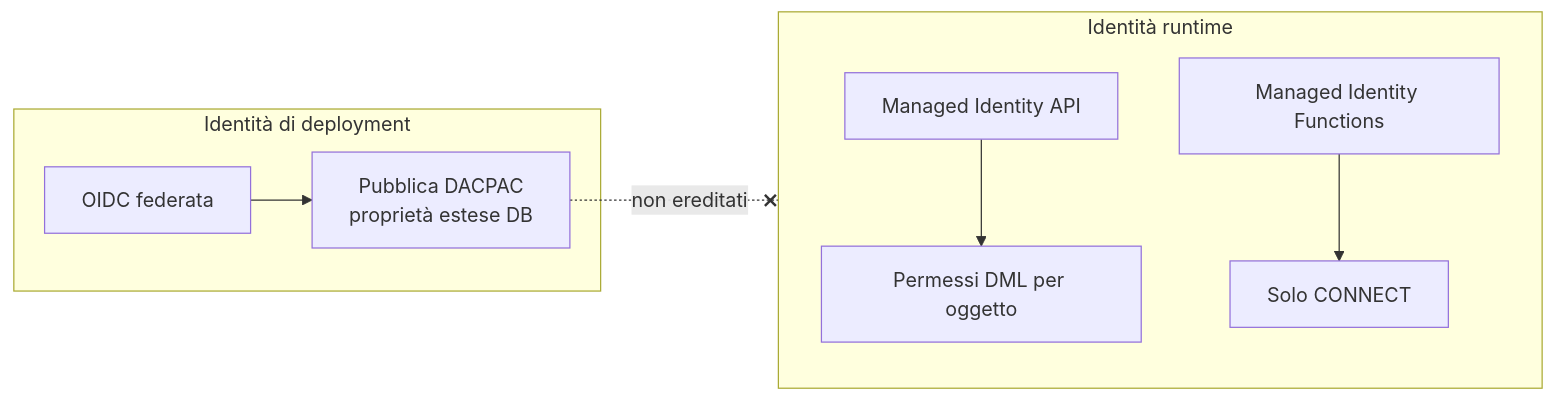
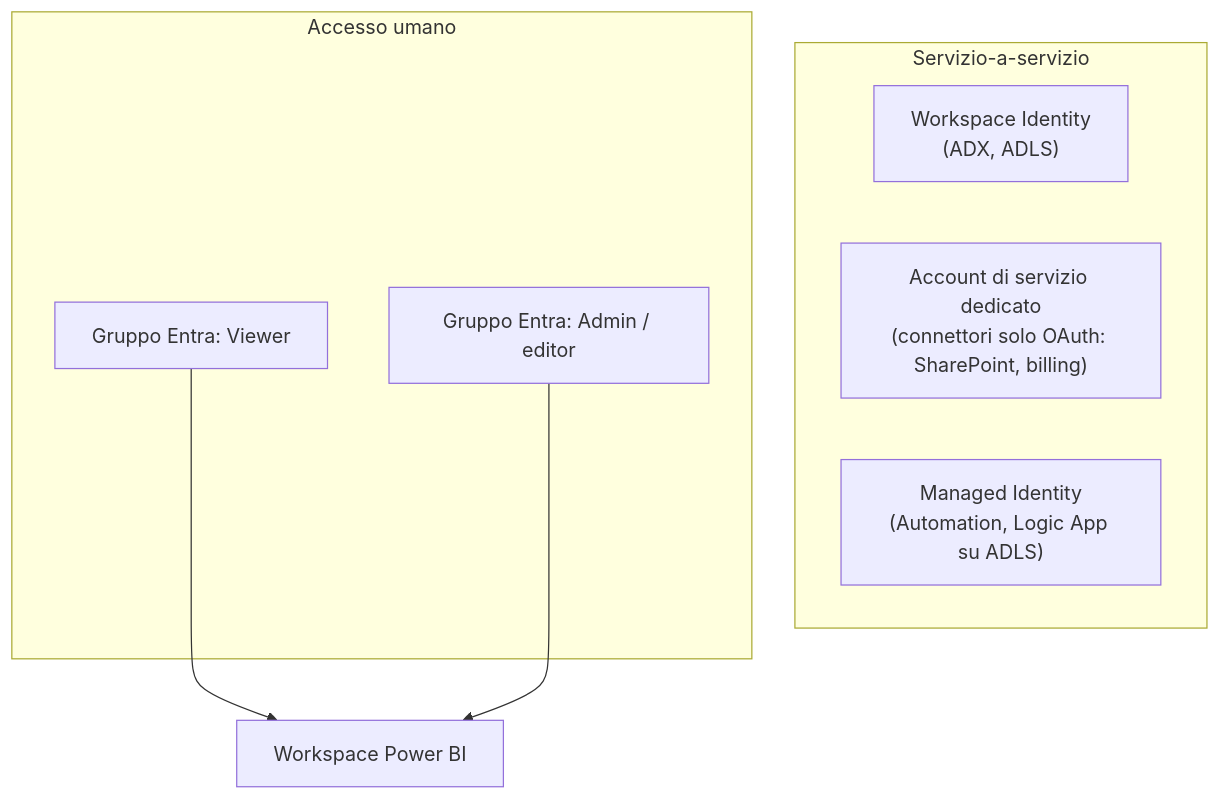
Before and after one commit to HARD-bit/azure-data-platform-case-study: the sixth of 6 diagrams in README.md, drawn with Mermaid. The commit also changed other lines of this file and 14 other files, not shown here.

````diff
--- a/README.md
+++ b/README.md
@@ -384,11 +345,14 @@
 ```mermaid
-flowchart LR
-    subgraph Deploy["Identità di deployment"]
-        D1["OIDC federata"] --> D2["Pubblica DACPAC<br/>proprietà estese DB"]
+flowchart TB
+    subgraph Backend["Servizio-a-servizio"]
+        WI["Workspace Identity<br/>(ADX, ADLS)"]
+        SA["Account di servizio dedicato<br/>(connettori solo OAuth: SharePoint, billing)"]
+        MI["Managed Identity<br/>(Automation, Logic App su ADLS)"]
     end
-    subgraph Runtime["Identità runtime"]
-        R1["Managed Identity API"] --> R2["Permessi DML per oggetto"]
-        R3["Managed Identity Functions"] --> R4["Solo CONNECT"]
+    subgraph Human["Accesso umano"]
+        V["Gruppo Entra: Viewer"]
+        A["Gruppo Entra: Admin / editor"]
     end
-    D2 -. "non ereditati" .-x Runtime
+    V --> WS["Workspace Power BI"]
+    A --> WS
 ```
````
